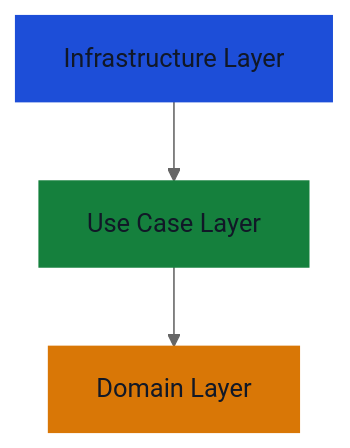
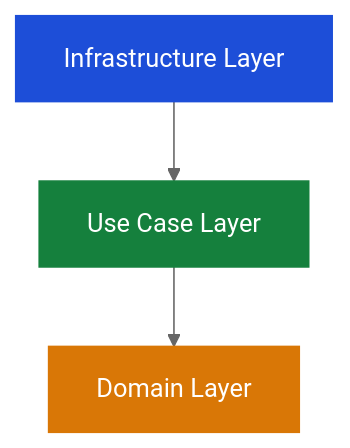
One commit to MAT7TT/sda changed the second of 2 diagrams in README.md. Above: the diagram before and after it, drawn with Mermaid (neutral theme). The commit also changed other lines of this file and 45 other files, not shown here.

````diff
--- a/README.md
+++ b/README.md
@@ -178,17 +202,17 @@
 ```mermaid
 flowchart TD
  Infrastructure["Infrastructure Layer"]
  UseCase["Use Case Layer"]
  Domain["Domain Layer"]
 
  Infrastructure --> UseCase
  UseCase --> Domain
 
- classDef infrastructure fill:#1d4ed8,stroke:#1d4ed8,color:#111827
- classDef usecase fill:#15803d,stroke:#15803d,color:#111827
- classDef domain fill:#d97706,stroke:#d97706,color:#111827
+ classDef infrastructure fill:#1d4ed8,stroke:#1d4ed8,color:#ffffff
+ classDef usecase fill:#15803d,stroke:#15803d,color:#ffffff
+ classDef domain fill:#d97706,stroke:#d97706,color:#ffffff
 
  class Infrastructure infrastructure
  class UseCase usecase
  class Domain domain
 ```
````
